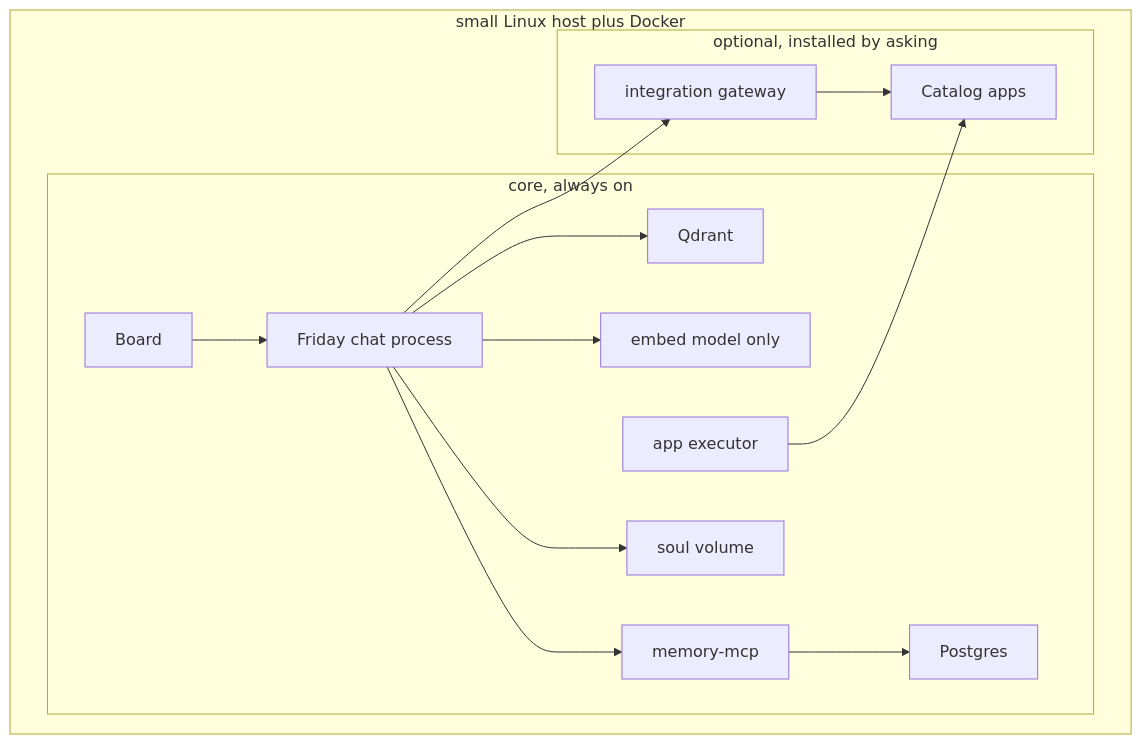
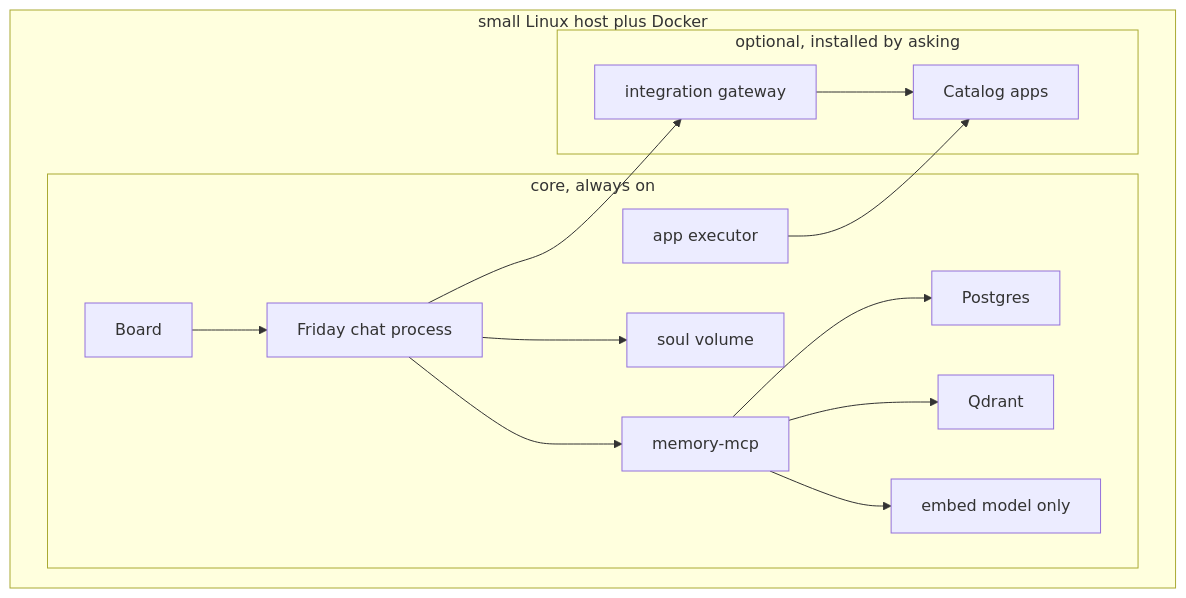
One commit to asikmydeen/friday-os-stack changed the diagram in docs/architecture.md. Above: the diagram before and after it, drawn with Mermaid. The commit also changed other lines of this file and 9 other files, not shown here.

````diff
--- a/docs/architecture.md
+++ b/docs/architecture.md
@@ -15,28 +15,28 @@
 ```mermaid
 flowchart TB
   subgraph host [small Linux host plus Docker]
     subgraph core [core, always on]
       Friday[Friday chat process]
       Board[Board]
       Qdrant[Qdrant]
       Embed[embed model only]
       Memory[memory-mcp]
       Pg[Postgres]
       Soul[soul volume]
       Exec[app executor]
     end
     subgraph optional [optional, installed by asking]
       Gateway[integration gateway]
       Apps[Catalog apps]
     end
   end
-  Friday --> Qdrant
-  Friday --> Embed
   Friday --> Memory
   Memory --> Pg
+  Memory --> Qdrant
+  Memory --> Embed
   Friday --> Soul
   Board --> Friday
   Friday --> Gateway
   Gateway --> Apps
   Exec --> Apps
 ```
````
